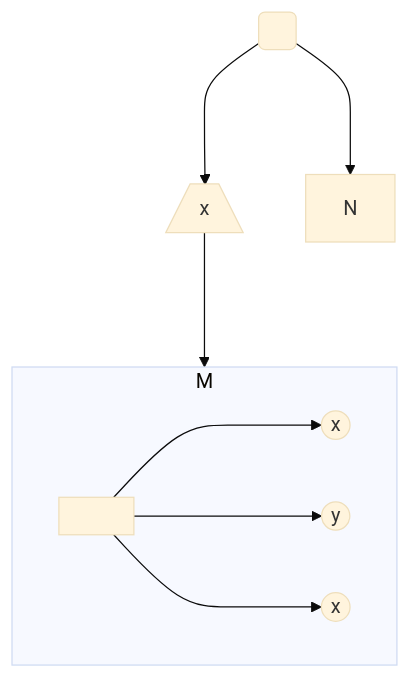
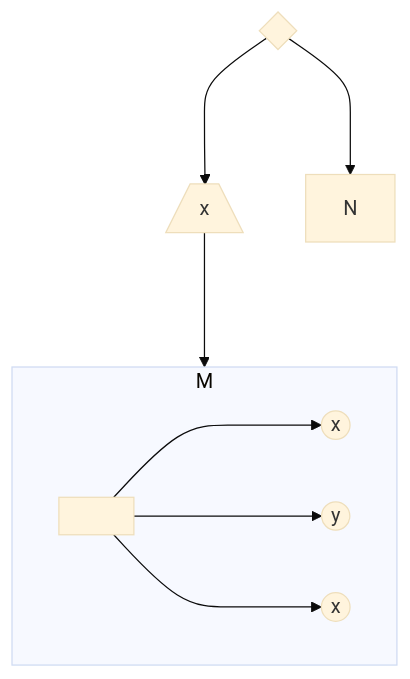
The fourth of 6 diagrams in Lectures/lecture-2.md (gzholtkevych/CertifiedProgramming), drawn with Mermaid (base theme) before and after one commit. The commit also changed other lines of this file, not shown here.

````diff
--- a/Lectures/lecture-2.md
+++ b/Lectures/lecture-2.md
@@ -133,11 +133,11 @@
 ```mermaid
 graph TD
-    A( ) ---> B[/x\]
+    A{ } ---> B[/x\]
     A ---> N
     B ---> M
     subgraph M
         C[ ] ---> D((x))
         C ---> E((y))
         C ---> F((x))
     end
 ```
````
